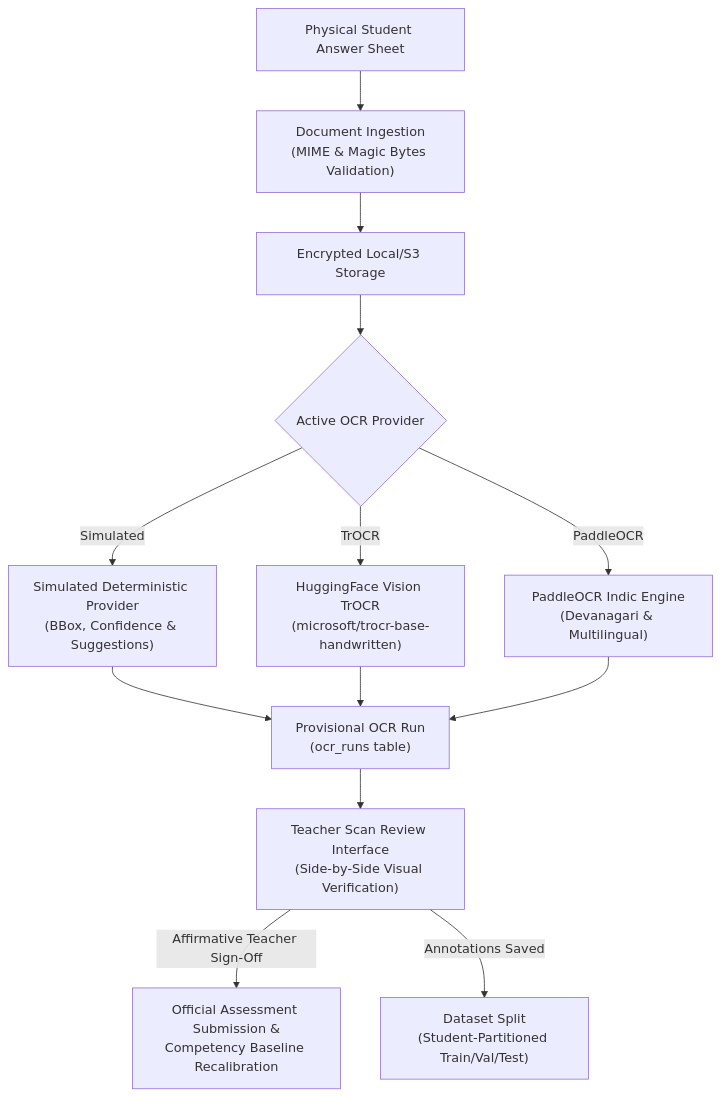
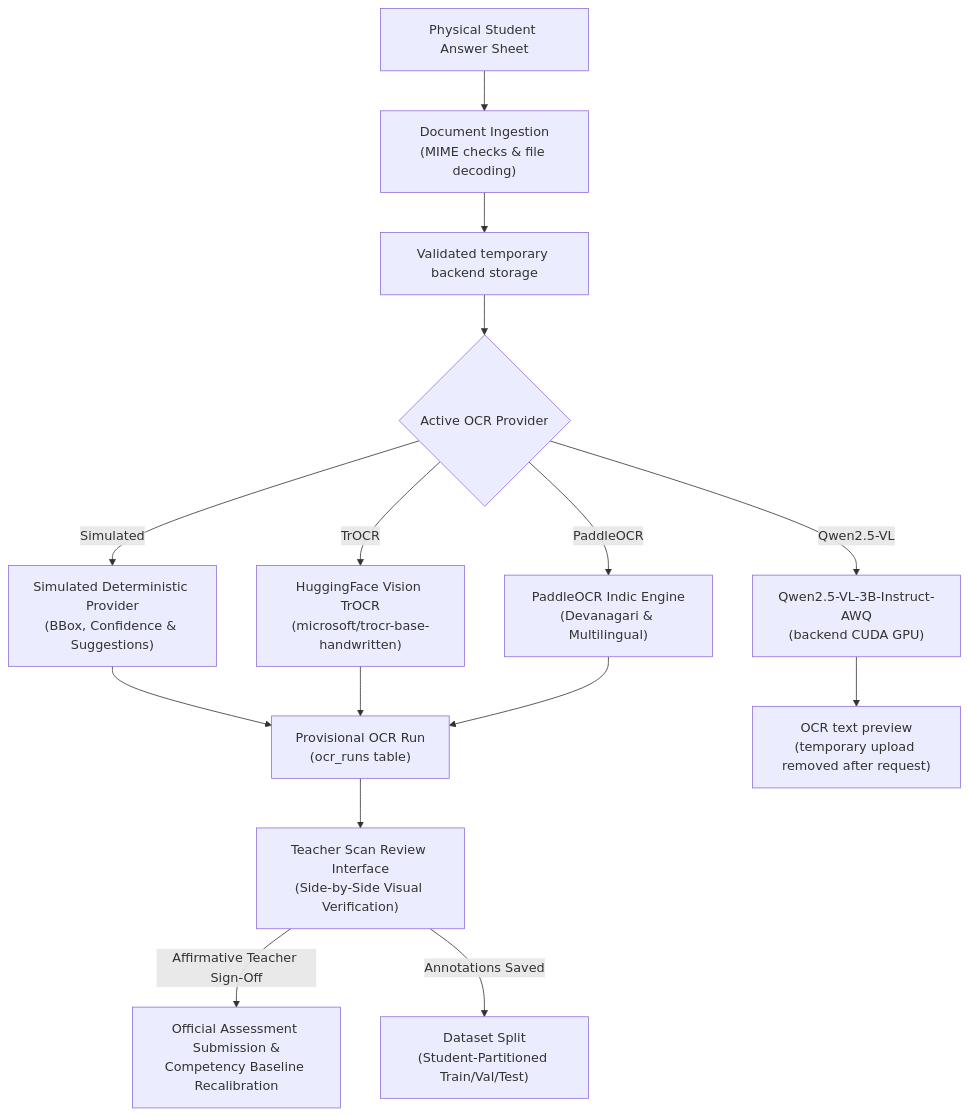
The diagram in docs/ocr-pipeline.md (kvr-leofelix/dp61_betaocr1), drawn with Mermaid before and after one commit. The commit also changed other lines of this file and 17 other files, not shown here.

First line of the commit message:
feat: add Qwen OCR preview workflow

````diff
--- a/docs/ocr-pipeline.md
+++ b/docs/ocr-pipeline.md
@@ -10,17 +10,19 @@
 ```mermaid
 flowchart TD
-    Scan["Physical Student Answer Sheet"] --> Upload["Document Ingestion<br/>(MIME & Magic Bytes Validation)"]
-    Upload --> SecureStorage["Encrypted Local/S3 Storage"]
+    Scan["Physical Student Answer Sheet"] --> Upload["Document Ingestion<br/>(MIME checks & file decoding)"]
+    Upload --> SecureStorage["Validated temporary backend storage"]
     SecureStorage --> ProviderDispatcher{"Active OCR Provider"}
     ProviderDispatcher -->|Simulated| SimProvider["Simulated Deterministic Provider<br/>(BBox, Confidence & Suggestions)"]
     ProviderDispatcher -->|TrOCR| TrOCRProvider["HuggingFace Vision TrOCR<br/>(microsoft/trocr-base-handwritten)"]
     ProviderDispatcher -->|PaddleOCR| PaddleProvider["PaddleOCR Indic Engine<br/>(Devanagari & Multilingual)"]
+    ProviderDispatcher -->|Qwen2.5-VL| QwenProvider["Qwen2.5-VL-3B-Instruct-AWQ<br/>(backend CUDA GPU)"]
     
     SimProvider --> ProvisionalRun["Provisional OCR Run<br/>(ocr_runs table)"]
     TrOCRProvider --> ProvisionalRun
     PaddleProvider --> ProvisionalRun
+    QwenProvider --> Preview["OCR text preview<br/>(temporary upload removed after request)"]
     
     ProvisionalRun --> TeacherReview["Teacher Scan Review Interface<br/>(Side-by-Side Visual Verification)"]
     TeacherReview -->|Affirmative Teacher Sign-Off| GradeEntry["Official Assessment Submission &<br/>Competency Baseline Recalibration"]
     TeacherReview -->|Annotations Saved| GroundTruth["Dataset Split<br/>(Student-Partitioned Train/Val/Test)"]
 ```
````
